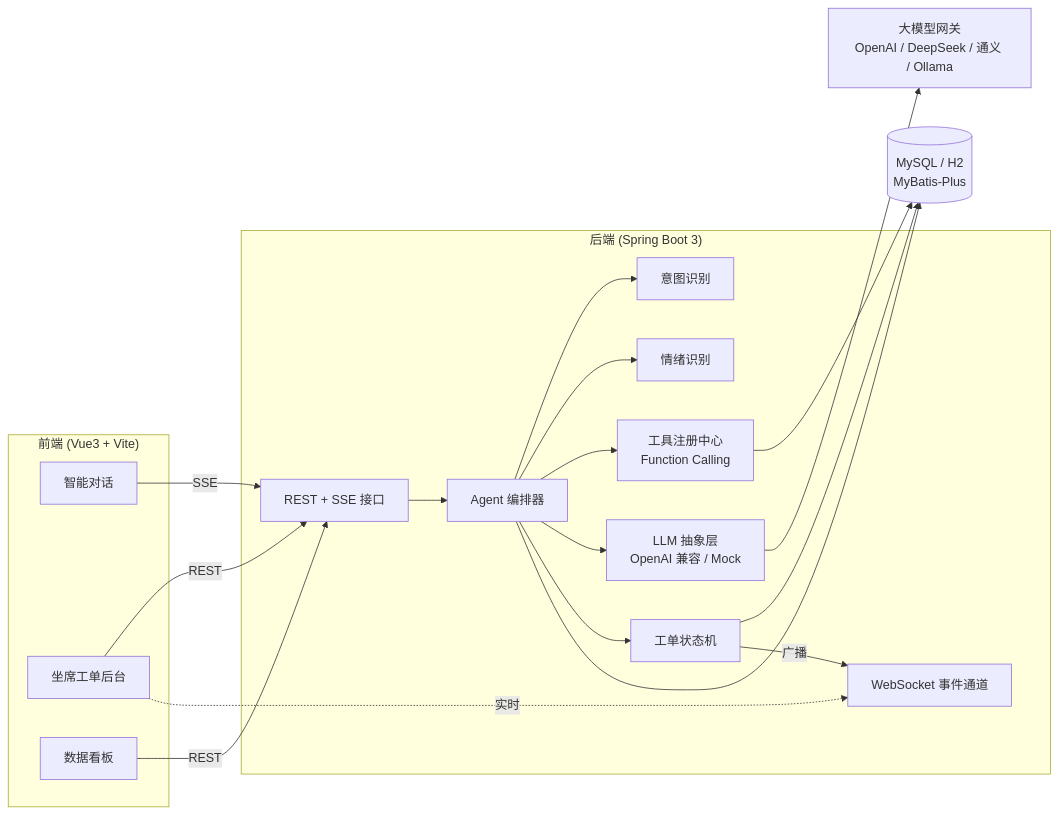
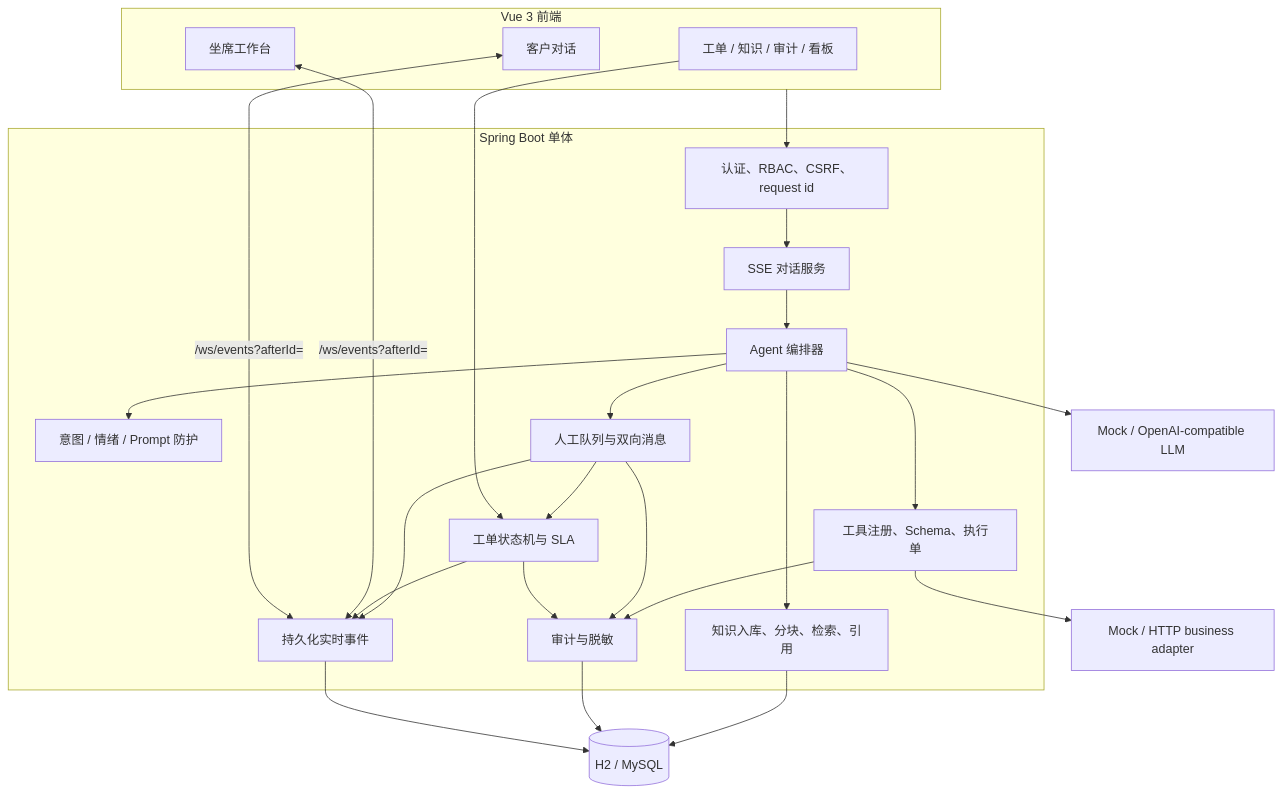
One commit to Hou-mingyuan/ai-service-agent changed the first of 4 diagrams in docs/architecture.md. Above: the diagram before and after it, drawn with Mermaid. The commit also changed other lines of this file and 202 other files, not shown here.

````diff
--- a/docs/architecture.md
+++ b/docs/architecture.md
@@ -5,35 +5,43 @@
 ```mermaid
-flowchart LR
-    subgraph FE["前端 (Vue3 + Vite)"]
-        Chat[智能对话]
-        Console[坐席工单后台]
-        Dash[数据看板]
-    end
-    subgraph BE["后端 (Spring Boot 3)"]
-        API[REST + SSE 接口]
-        WS[WebSocket 事件通道]
-        ORCH[Agent 编排器]
-        INTENT[意图识别]
-        EMO[情绪识别]
-        TOOLS[工具注册中心\nFunction Calling]
-        TICKET[工单状态机]
-        LLM[LLM 抽象层\nOpenAI 兼容 / Mock]
-    end
-    DB[(MySQL / H2\nMyBatis-Plus)]
-    EXT[大模型网关\nOpenAI / DeepSeek / 通义 / Ollama]
+flowchart TB
+  subgraph UI["Vue 3 前端"]
+    C["客户对话"]
+    A["坐席工作台"]
+    M["工单 / 知识 / 审计 / 看板"]
+  end
 
-    Chat -->|SSE| API --> ORCH
-    Console -->|REST| API
-    Console -.->|实时| WS
-    Dash -->|REST| API
-    ORCH --> INTENT
-    ORCH --> EMO
-    ORCH --> TOOLS
-    ORCH --> LLM
-    ORCH --> TICKET
-    TOOLS --> DB
-    TICKET --> DB
-    TICKET -->|广播| WS
-    ORCH --> DB
-    LLM --> EXT
+  subgraph APP["Spring Boot 单体"]
+    SEC["认证、RBAC、CSRF、request id"]
+    CHAT["SSE 对话服务"]
+    ORCH["Agent 编排器"]
+    CLS["意图 / 情绪 / Prompt 防护"]
+    KB["知识入库、分块、检索、引用"]
+    TOOLS["工具注册、Schema、执行单"]
+    HAND["人工队列与双向消息"]
+    TICKET["工单状态机与 SLA"]
+    AUDIT["审计与脱敏"]
+    EVENTS["持久化实时事件"]
+  end
+
+  DB[("H2 / MySQL")]
+  LLM["Mock / OpenAI-compatible LLM"]
+  BIZ["Mock / HTTP business adapter"]
+
+  UI --> SEC
+  SEC --> CHAT --> ORCH
+  ORCH --> CLS
+  ORCH --> KB --> DB
+  ORCH --> TOOLS --> BIZ
+  ORCH --> LLM
+  ORCH --> HAND --> TICKET
+  HAND --> EVENTS
+  TICKET --> EVENTS
+  TOOLS --> AUDIT
+  HAND --> AUDIT
+  TICKET --> AUDIT
+  AUDIT --> DB
+  EVENTS --> DB
+  M --> TICKET
+  A <-->|"/ws/events?afterId="| EVENTS
+  C <-->|"/ws/events?afterId="| EVENTS
 ```
````
